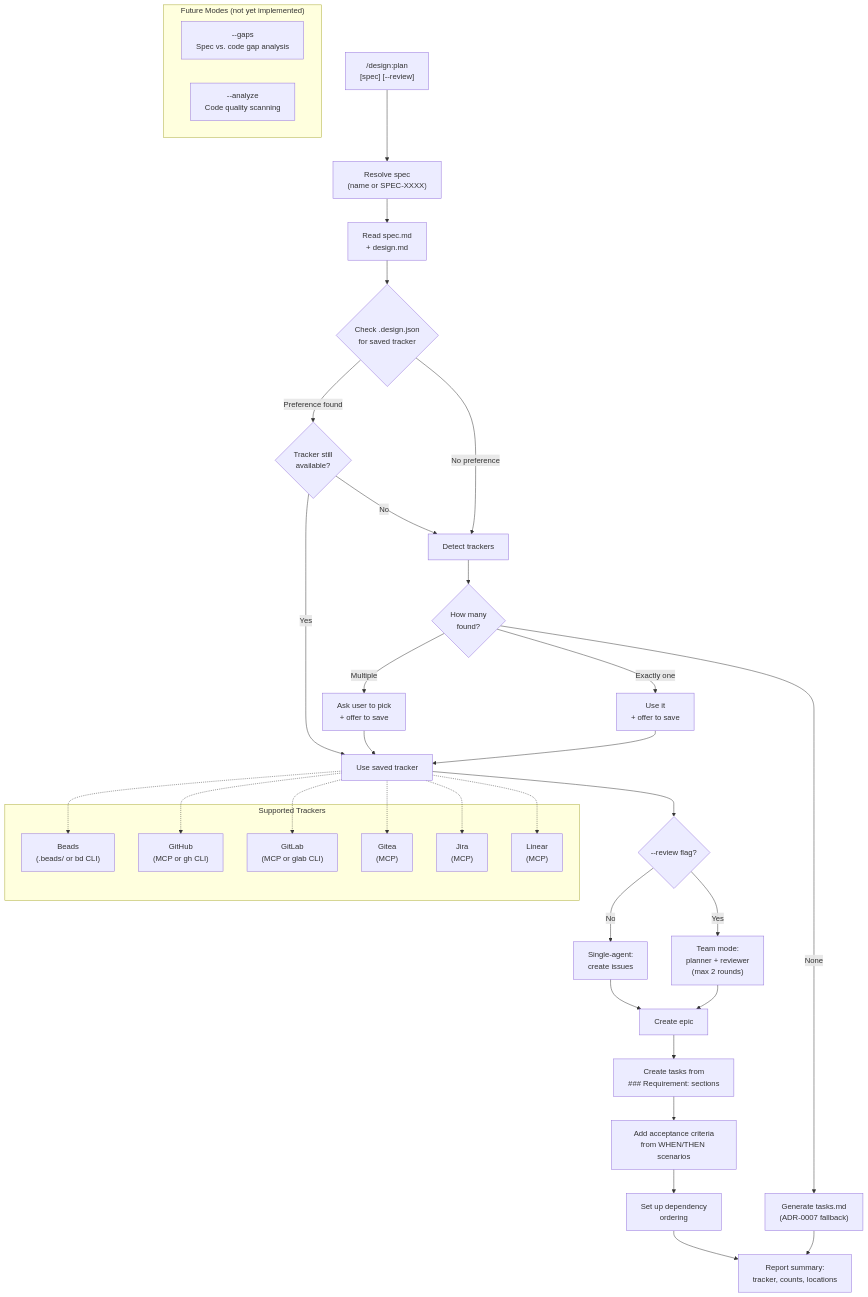
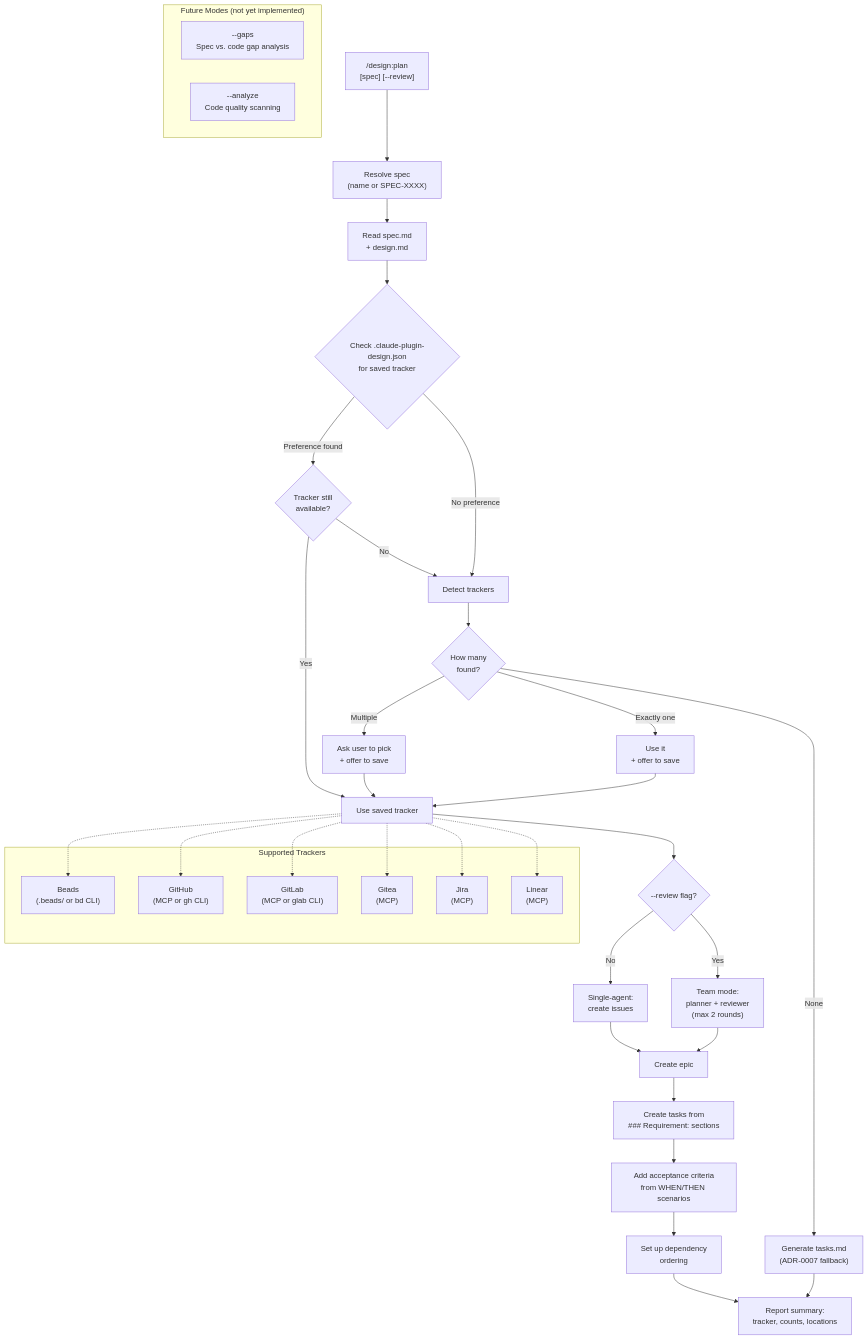
Before and after one commit to joestump/claude-plugin-design: the diagram in docs/adrs/ADR-0008-standalone-sprint-planning-skill.md, drawn with Mermaid. The commit also changed other lines of this file and 24 other files, not shown here.

First line of the commit message:
Rename .design.json to .claude-plugin-design.json, add Configuration docs

````diff
--- a/docs/adrs/ADR-0008-standalone-sprint-planning-skill.md
+++ b/docs/adrs/ADR-0008-standalone-sprint-planning-skill.md
@@ -110,56 +110,56 @@
 ```mermaid
 flowchart TD
     A["/design:plan\n[spec] [--review]"] --> B["Resolve spec\n(name or SPEC-XXXX)"]
     B --> C["Read spec.md\n+ design.md"]
-    C --> D{"Check .design.json\nfor saved tracker"}
+    C --> D{"Check .claude-plugin-design.json\nfor saved tracker"}
 
     D -->|"Preference found"| E{"Tracker still\navailable?"}
     E -->|Yes| H["Use saved tracker"]
     E -->|No| F["Warn user,\nfall through to detection"]
 
     D -->|"No preference"| F["Detect trackers"]
     F --> G{"How many\nfound?"}
 
     G -->|"Multiple"| I["Ask user to pick\n+ offer to save"]
     G -->|"Exactly one"| J["Use it\n+ offer to save"]
     G -->|"None"| K["Generate tasks.md\n(ADR-0007 fallback)"]
 
     I --> H
     J --> H
 
     H --> L{"--review flag?"}
 
     L -->|No| M["Single-agent:\ncreate issues"]
     L -->|Yes| N["Team mode:\nplanner + reviewer\n(max 2 rounds)"]
 
     M --> O["Create epic"]
     N --> O
 
     O --> P["Create tasks from\n### Requirement: sections"]
     P --> Q["Add acceptance criteria\nfrom WHEN/THEN scenarios"]
     Q --> R["Set up dependency\nordering"]
     R --> S["Report summary:\ntracker, counts, locations"]
 
     K --> S
 
     subgraph "Supported Trackers"
         T1["Beads\n(.beads/ or bd CLI)"]
         T2["GitHub\n(MCP or gh CLI)"]
         T3["GitLab\n(MCP or glab CLI)"]
         T4["Gitea\n(MCP)"]
         T5["Jira\n(MCP)"]
         T6["Linear\n(MCP)"]
     end
 
     H -.-> T1
     H -.-> T2
     H -.-> T3
     H -.-> T4
     H -.-> T5
     H -.-> T6
 
     subgraph "Future Modes (not yet implemented)"
         FM1["--gaps\nSpec vs. code gap analysis"]
         FM2["--analyze\nCode quality scanning"]
     end
 ```
````
